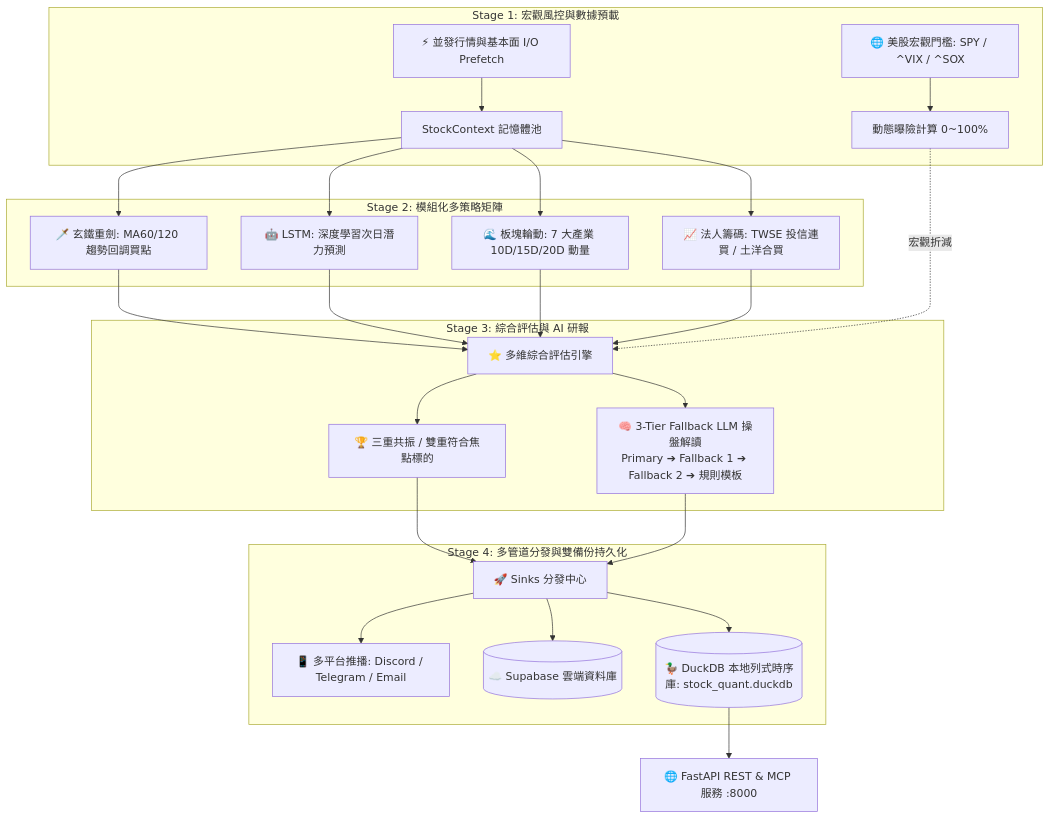
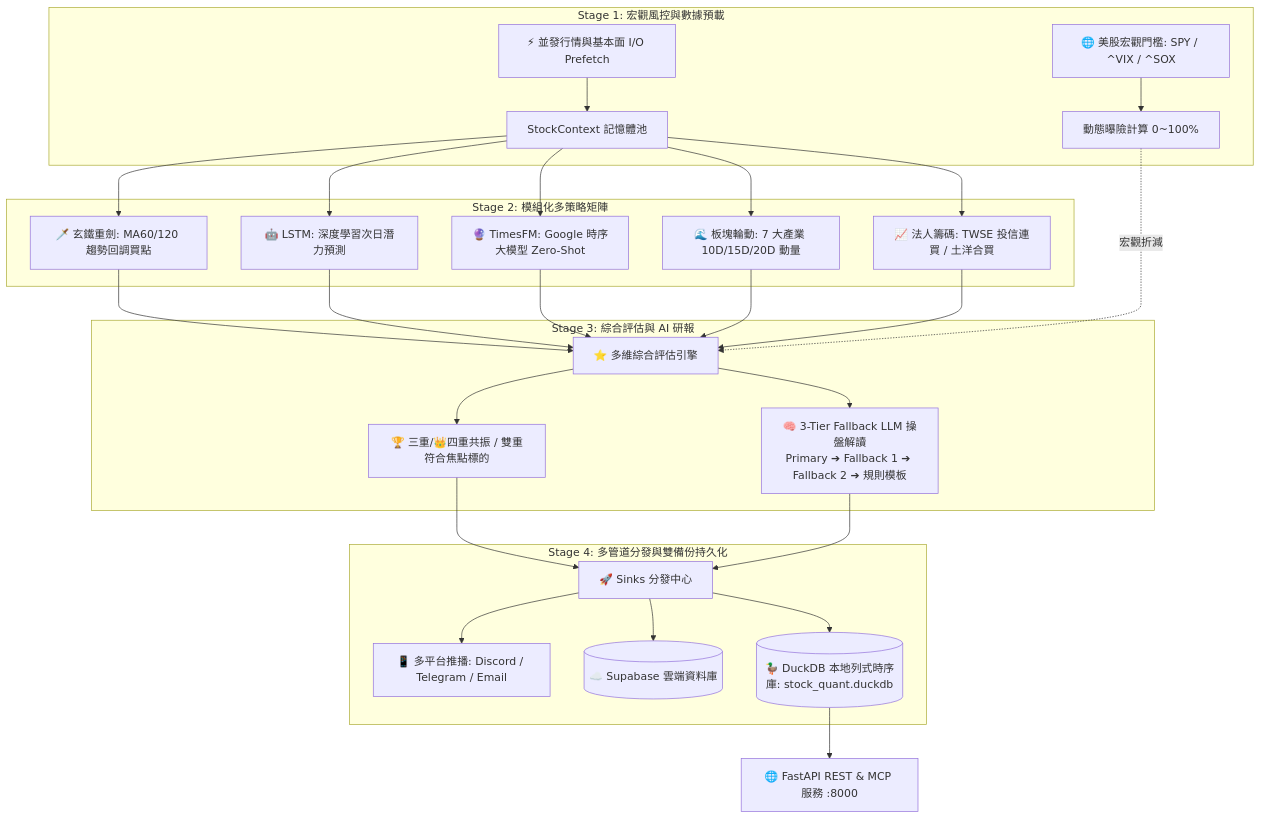
Before and after one commit to tbdavid2019/stock-underdog-ml: the diagram in README.md, drawn with Mermaid. The commit also changed other lines of this file and 16 other files, not shown here.

Commit message:
feat(timesfm): integrate Google Research TimesFM time series foundation model

````diff
--- a/README.md
+++ b/README.md
@@ -16,30 +16,31 @@
 ```mermaid
 graph TD
     subgraph S1 [Stage 1: 宏觀風控與數據預載]
         Macro[🌐 美股宏觀門檻: SPY / ^VIX / ^SOX] --> Exposure[動態曝險計算 0~100%]
         IO[⚡ 並發行情與基本面 I/O Prefetch] --> Pool[StockContext 記憶體池]
     end
 
     subgraph S2 [Stage 2: 模組化多策略矩陣]
         Pool --> ST1[🗡️ 玄鐵重劍: MA60/120 趨勢回調買點]
         Pool --> ST2[🤖 LSTM: 深度學習次日潛力預測]
-        Pool --> ST3[🌊 板塊輪動: 7 大產業 10D/15D/20D 動量]
-        Pool --> ST4[📈 法人籌碼: TWSE 投信連買 / 土洋合買]
+        Pool --> ST3[🔮 TimesFM: Google 時序大模型 Zero-Shot]
+        Pool --> ST4[🌊 板塊輪動: 7 大產業 10D/15D/20D 動量]
+        Pool --> ST5[📈 法人籌碼: TWSE 投信連買 / 土洋合買]
     end
 
     subgraph S3 [Stage 3: 綜合評估與 AI 研報]
-        ST1 & ST2 & ST3 & ST4 --> Composite[⭐ 多維綜合評估引擎]
+        ST1 & ST2 & ST3 & ST4 & ST5 --> Composite[⭐ 多維綜合評估引擎]
         Exposure -.->|宏觀折減| Composite
-        Composite --> Overlap[🏆 三重共振 / 雙重符合焦點標的]
+        Composite --> Overlap[🏆 三重/👑四重共振 / 雙重符合焦點標的]
         Composite --> LLM[🧠 3-Tier Fallback LLM 操盤解讀<br>Primary ➔ Fallback 1 ➔ Fallback 2 ➔ 規則模板]
     end
 
     subgraph S4 [Stage 4: 多管道分發與雙備份持久化]
         Overlap & LLM --> Sinks[🚀 Sinks 分發中心]
         Sinks --> Push[📱 多平台推播: Discord / Telegram / Email]
         Sinks --> CloudDB[(☁️ Supabase 雲端資料庫)]
         Sinks --> LocalDB[(🦆 DuckDB 本地列式時序庫: stock_quant.duckdb)]
     end
 
     LocalDB --> API[🌐 FastAPI REST & MCP 服務 :8000]
 ```
````
